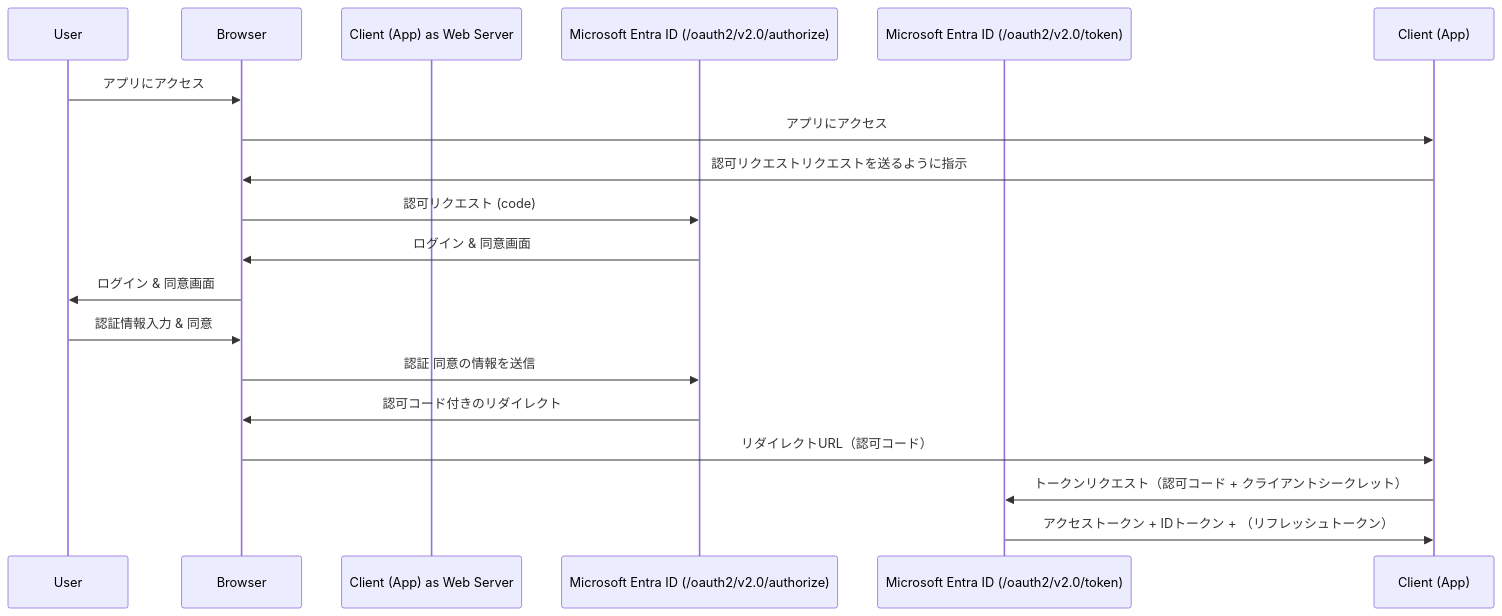
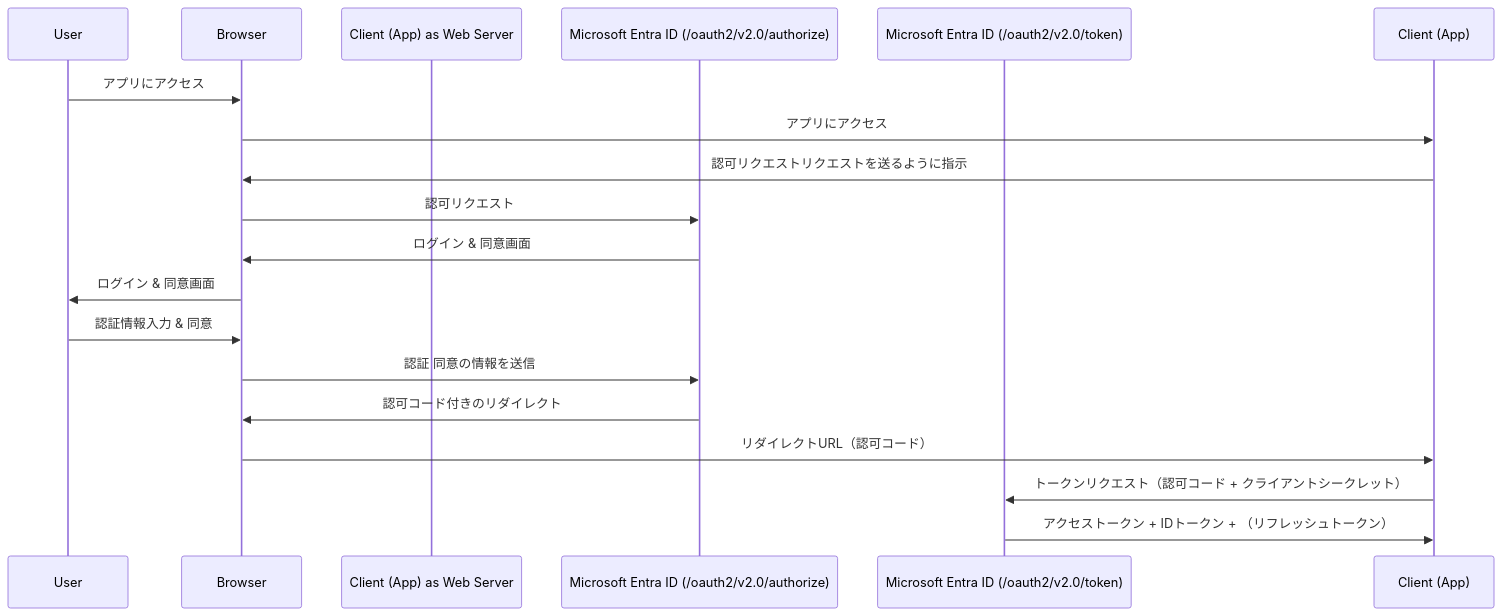
Before and after one commit to shmiki-microsoft/OIDC-and-SAML-Authentication-Flow-Diagrams-for-Microsoft-Entra-ID: the diagram in oidc/oidc_authorizationCodeFlow.mmd, drawn with Mermaid.

```diff
--- a/oidc/oidc_authorizationCodeFlow.mmd
+++ b/oidc/oidc_authorizationCodeFlow.mmd
@@ -1,19 +1,19 @@
 sequenceDiagram
     participant User
     participant Browser
     participant Client (App) as Web Server
     participant Microsoft Entra ID (/oauth2/v2.0/authorize)
     participant Microsoft Entra ID (/oauth2/v2.0/token)
     
     User->>Browser: アプリにアクセス
     Browser->> Client (App): アプリにアクセス
     Client (App)->>Browser: 認可リクエストリクエストを送るように指示
-    Browser->>Microsoft Entra ID (/oauth2/v2.0/authorize): 認可リクエスト (code)
+    Browser->>Microsoft Entra ID (/oauth2/v2.0/authorize): 認可リクエスト
     Microsoft Entra ID (/oauth2/v2.0/authorize)->>Browser: ログイン & 同意画面
     Browser->>User: ログイン & 同意画面
     User->>Browser: 認証情報入力 & 同意
     Browser->>Microsoft Entra ID (/oauth2/v2.0/authorize): 認証 同意の情報を送信
     Microsoft Entra ID (/oauth2/v2.0/authorize)->>Browser: 認可コード付きのリダイレクト
     Browser->>Client (App): リダイレクトURL（認可コード）
     Client (App)->>Microsoft Entra ID (/oauth2/v2.0/token): トークンリクエスト（認可コード + クライアントシークレット）
     Microsoft Entra ID (/oauth2/v2.0/token)->>Client (App): アクセストークン + IDトークン + （リフレッシュトークン）
```
